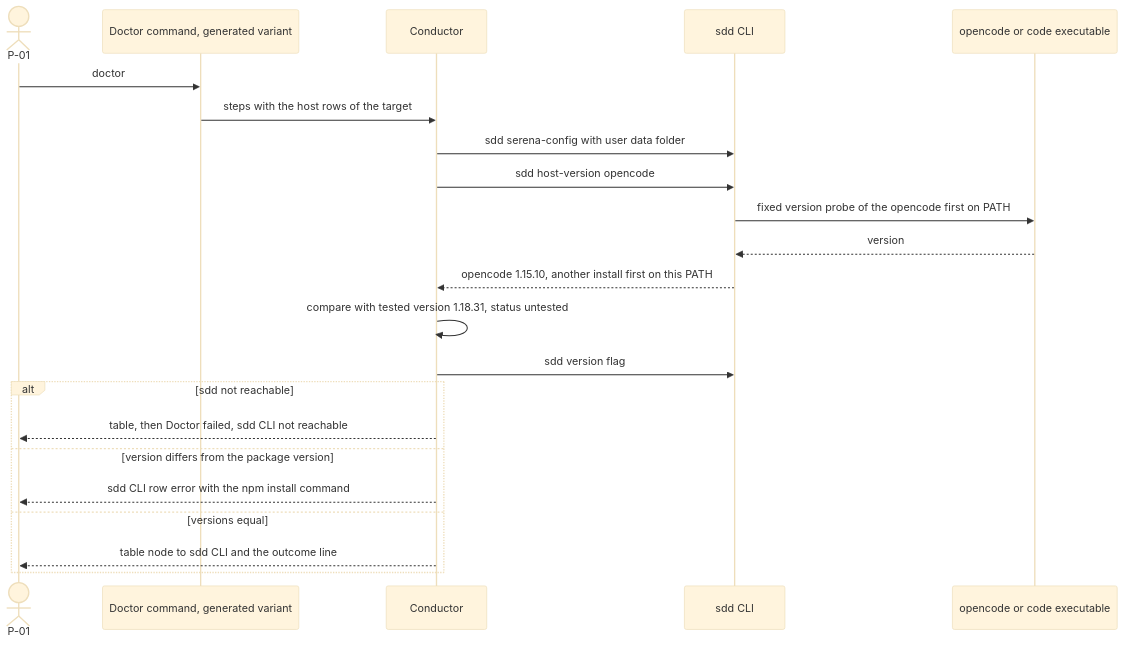
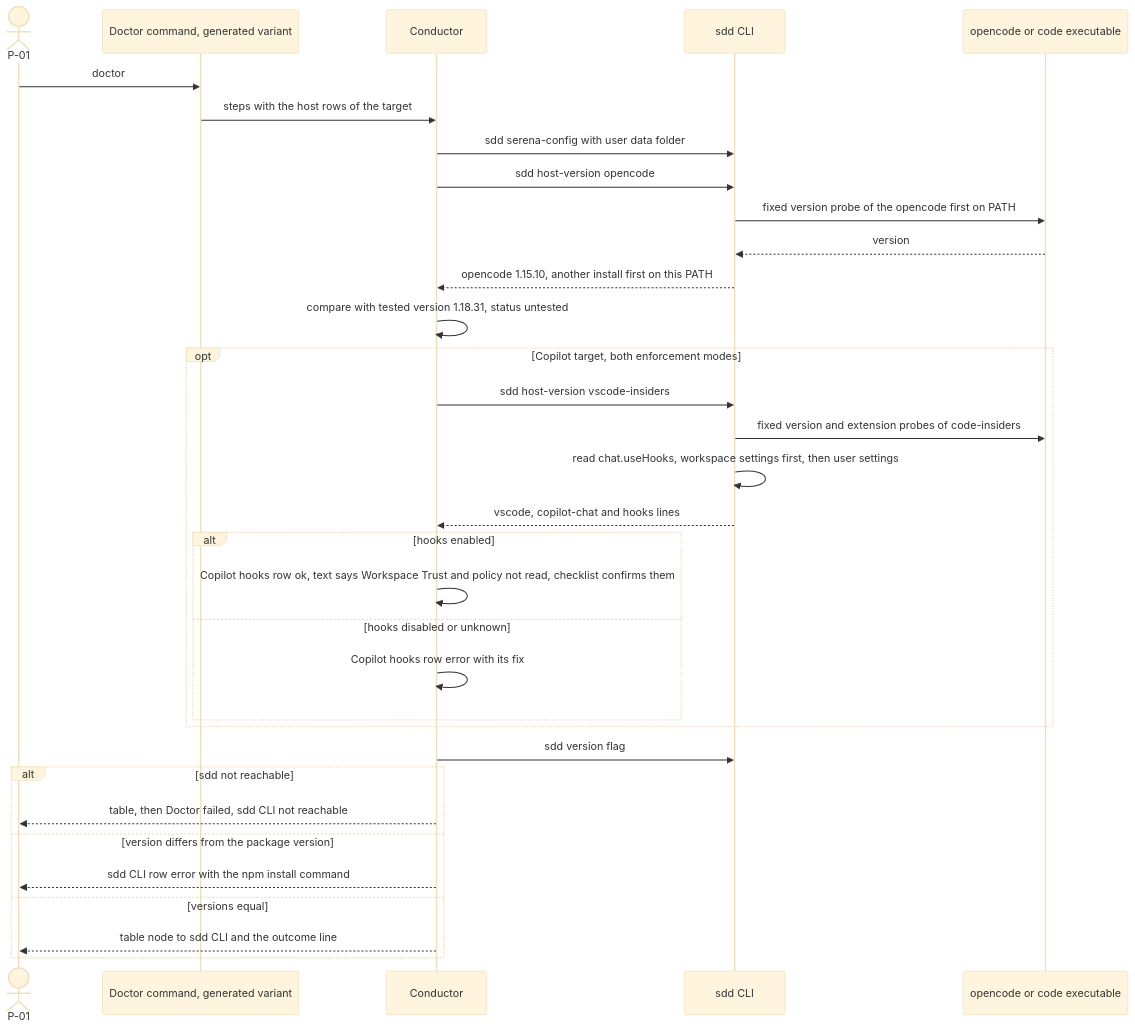
Before and after one commit to jlacube/spec-architect: the ninth of 15 diagrams in .sdd/002-multi-platform-targets/10-spec/60-architecture/architecture.md, drawn with Mermaid (base theme). The commit also changed other lines of this file and 10 other files, not shown here.

````diff
--- a/.sdd/002-multi-platform-targets/10-spec/60-architecture/architecture.md
+++ b/.sdd/002-multi-platform-targets/10-spec/60-architecture/architecture.md
@@ -692,25 +713,36 @@
 ```mermaid
 sequenceDiagram
   %% F8 doctor with host rows. Realizes C002-TS-506 C002-TS-509 C002-TS-513 C002-TS-515 C002-TS-516
   actor P01 as P-01
   participant C002_COMP_015 as Doctor command, generated variant
   participant C002_COMP_014 as Conductor
   participant C002_COMP_018 as sdd CLI
   participant HOST as opencode or code executable
   P01->>C002_COMP_015: doctor
   C002_COMP_015->>C002_COMP_014: steps with the host rows of the target
   C002_COMP_014->>C002_COMP_018: sdd serena-config with user data folder
   C002_COMP_014->>C002_COMP_018: sdd host-version opencode
   C002_COMP_018->>HOST: fixed version probe of the opencode first on PATH
   HOST-->>C002_COMP_018: version
   C002_COMP_018-->>C002_COMP_014: opencode 1.15.10, another install first on this PATH
   C002_COMP_014->>C002_COMP_014: compare with tested version 1.18.31, status untested
+  opt Copilot target, both enforcement modes
+    C002_COMP_014->>C002_COMP_018: sdd host-version vscode-insiders
+    C002_COMP_018->>HOST: fixed version and extension probes of code-insiders
+    C002_COMP_018->>C002_COMP_018: read chat.useHooks, workspace settings first, then user settings
+    C002_COMP_018-->>C002_COMP_014: vscode, copilot-chat and hooks lines
+    alt hooks enabled
+      C002_COMP_014->>C002_COMP_014: Copilot hooks row ok, text says Workspace Trust and policy not read, checklist confirms them
+    else hooks disabled or unknown
+      C002_COMP_014->>C002_COMP_014: Copilot hooks row error with its fix
+    end
+  end
   C002_COMP_014->>C002_COMP_018: sdd version flag
   alt sdd not reachable
     C002_COMP_014-->>P01: table, then Doctor failed, sdd CLI not reachable
   else version differs from the package version
     C002_COMP_014-->>P01: sdd CLI row error with the npm install command
   else versions equal
     C002_COMP_014-->>P01: table node to sdd CLI and the outcome line
   end
 ```
````
